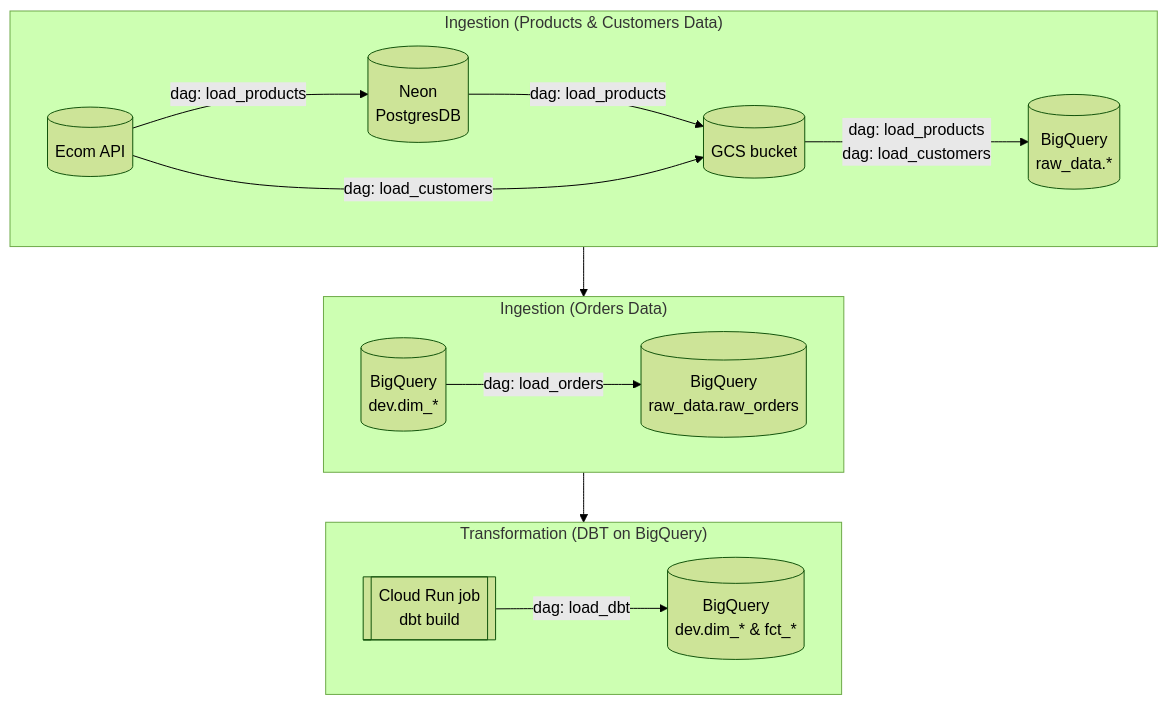
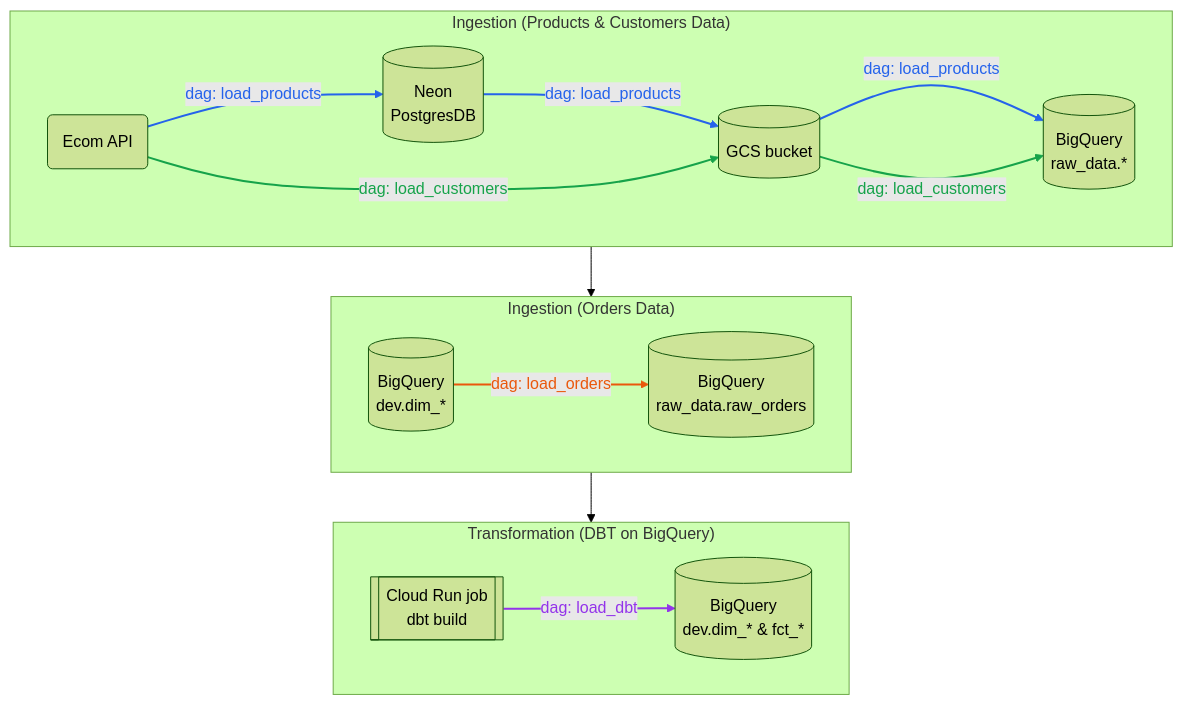
One commit to candychen00/faker-ecom-project__airflow_dbt changed the first of 5 diagrams in airflow/README.md. Above: the diagram before and after it, drawn with Mermaid (forest theme). The commit also changed other lines of this file, not shown here.

Commit message:
Add af readme v2

````diff
--- a/airflow/README.md
+++ b/airflow/README.md
@@ -31,33 +31,40 @@
 ```mermaid
 flowchart TB
     subgraph ROW1["Ingestion (Products & Customers Data)"]
         direction LR
-        API[(Ecom API)]
+        API(Ecom API)
         PG[(Neon<br>PostgresDB)]
         GCS[(GCS bucket)]
         RAW[(BigQuery<br/>raw_data.*)]
     end
 
     subgraph ROW2["Ingestion (Orders Data)"]
         direction LR
         BQ_DIM[(BigQuery<br>dev.dim_*)]
         BQ_FCT[(BigQuery<br>raw_data.raw_orders)]
     end
 
     subgraph ROW3["Transformation (DBT on BigQuery)"]
         direction LR
         DBT[[Cloud Run job<br>dbt build]]
         DEV[(BigQuery<br/>dev.dim_* & fct_*)]
     end
 
     API -- dag: load_products --> PG
     PG -- dag: load_products --> GCS
     API -- dag: load_customers --> GCS
-    GCS -- "dag: load_products<br>dag: load_customers" --> RAW
+    GCS -- dag: load_products --> RAW
+    GCS -- dag: load_customers --> RAW
 
     BQ_DIM -- dag: load_orders --> BQ_FCT
 
     DBT -- dag: load_dbt --> DEV
 
     ROW1 --> ROW2 --> ROW3
+
+    %% Edge indices follow declaration order (0-based)
+    linkStyle 0,1,3 stroke:#2563eb,stroke-width:2px,color:#2563eb
+    linkStyle 2,4 stroke:#16a34a,stroke-width:2px,color:#16a34a
+    linkStyle 5 stroke:#ea580c,stroke-width:2px,color:#ea580c
+    linkStyle 6 stroke:#9333ea,stroke-width:2px,color:#9333ea
 ```
````
